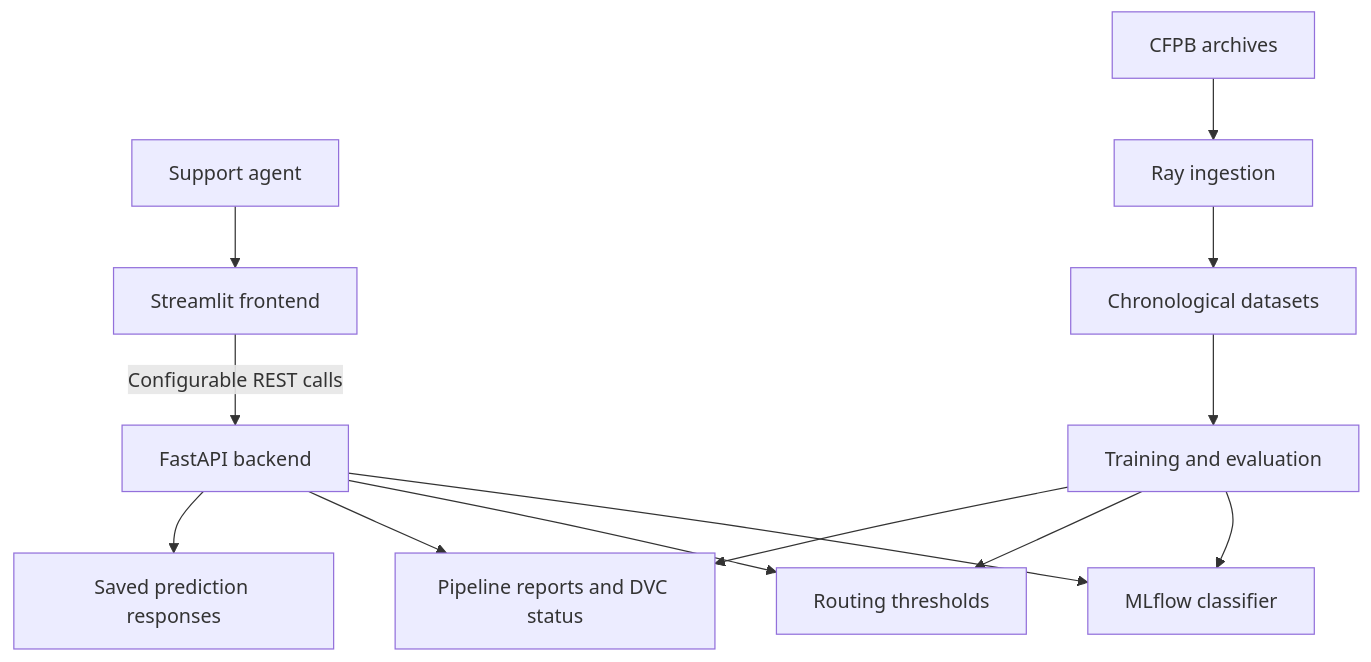
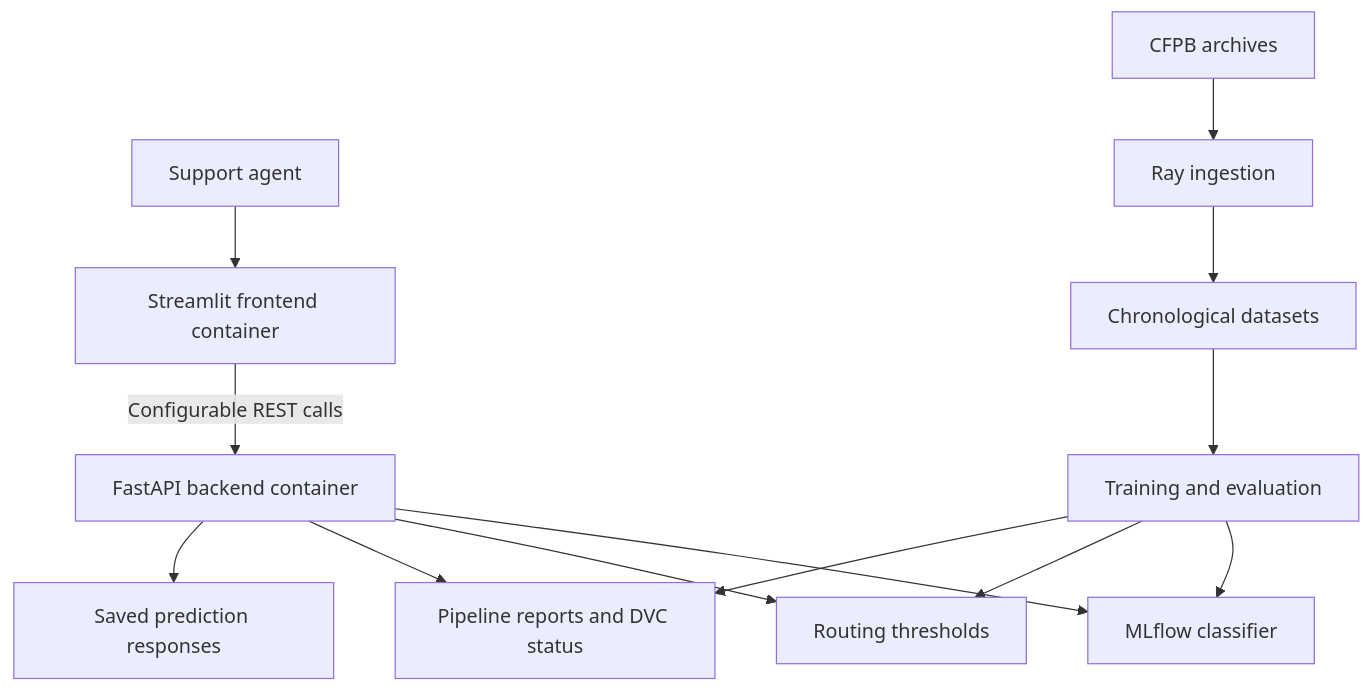
The diagram in docs/architecture.md (Ramanagopalkodali/customer-complaint-routing-aiops_Project), drawn with Mermaid before and after one commit. The commit also changed other lines of this file and 33 other files, not shown here.

````diff
--- a/docs/architecture.md
+++ b/docs/architecture.md
@@ -3,15 +3,15 @@
 ```mermaid
 flowchart TD
-    User["Support agent"] --> UI["Streamlit frontend"]
-    UI -->|"Configurable REST calls"| API["FastAPI backend"]
+    User["Support agent"] --> UI["Streamlit frontend container"]
+    UI -->|"Configurable REST calls"| API["FastAPI backend container"]
     API --> Model["MLflow classifier"]
     API --> Policy["Routing thresholds"]
     API --> Reports["Pipeline reports and DVC status"]
     API --> Results["Saved prediction responses"]
     ZIP["CFPB archives"] --> Ray["Ray ingestion"]
     Ray --> Data["Chronological datasets"]
     Data --> Train["Training and evaluation"]
     Train --> Model
     Train --> Policy
     Train --> Reports
 ```
````
